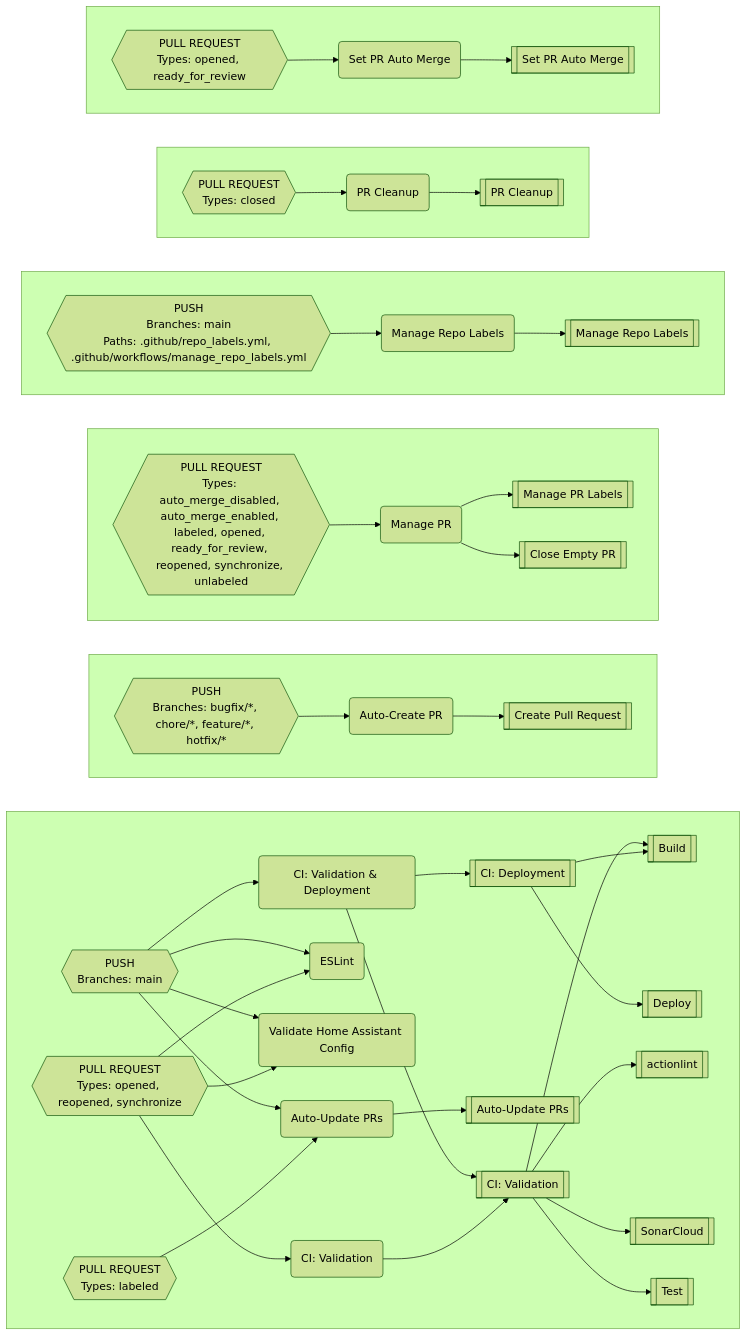
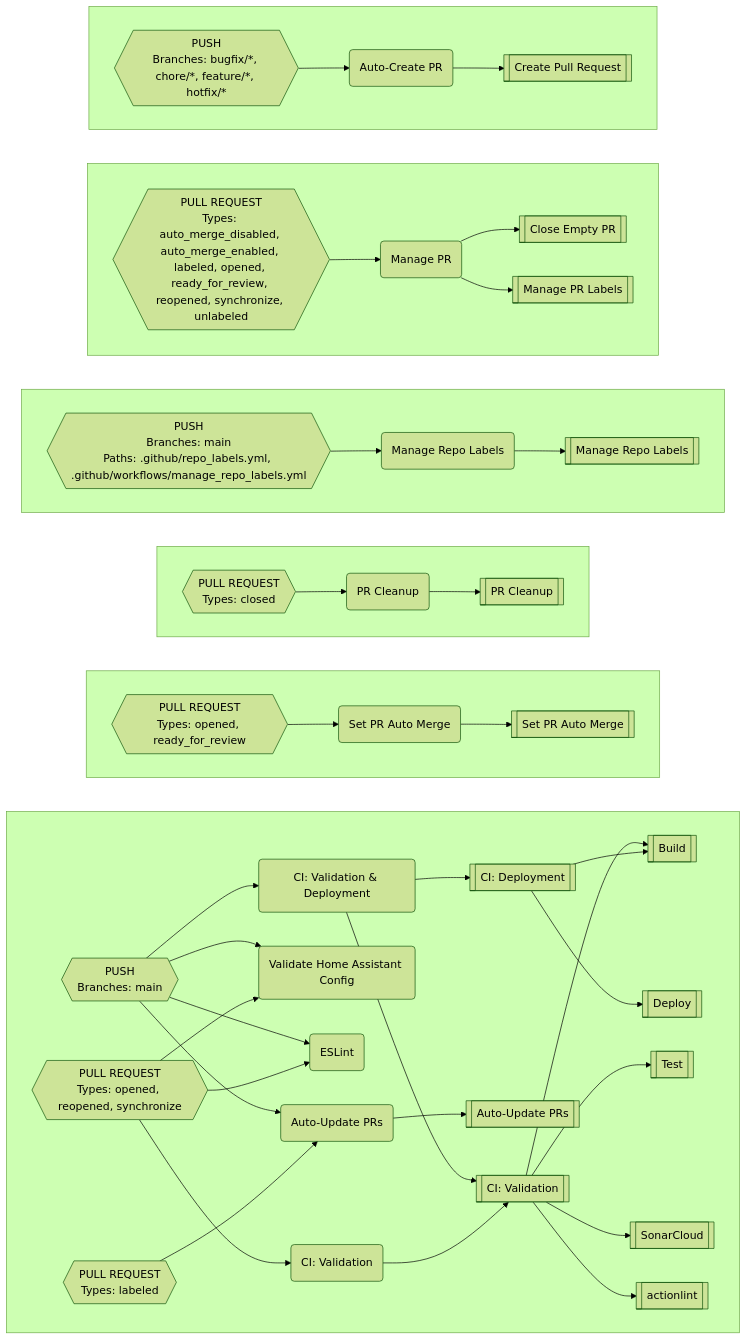
The diagram in README.md (worgarside/github-config-files), drawn with Mermaid (forest theme) before and after one commit. The commit also changed other lines of this file and 1 other file, not shown here.

```diff
--- a/README.md
+++ b/README.md
@@ -364,34 +364,33 @@
 subgraph CV[" "]
 direction LR
 CR-->P
+CT-->CR
+CT-->CI
 CT-->CE
-CT-->CI
-CT-->CR
 BU-->BT
 BT-->AR
+CO-->CN
+CO-->CI
+CO-->CE
 CO-->BT
-CO-->CE
-CO-->CI
-CO-->CN
+CN-->P
 CN-->I
-CN-->P
 I-->E
 I-->AE
+P-->E
+P-->BE
+P-->BB
 P-->A
-P-->BB
-P-->BE
-P-->E
 end
 subgraph CW[" "]
 direction LR
-BI-->BH
-BH-->AA
+CB-->CA
+CA-->AY
 end
 subgraph CX[" "]
 direction LR
-BL-->BK
-BK-->AK
-BK-->W
+BY-->BX
+BX-->AU
 end
 subgraph CY[" "]
 direction LR
@@ -400,13 +399,14 @@
 end
 subgraph CZ[" "]
 direction LR
-BY-->BX
-BX-->AU
+BL-->BK
+BK-->W
+BK-->AK
 end
 subgraph DA[" "]
 direction LR
-CB-->CA
-CA-->AY
+BI-->BH
+BH-->AA
 end
 AA[["Create Pull Request"]]
 AE[["Deploy"]]
```
